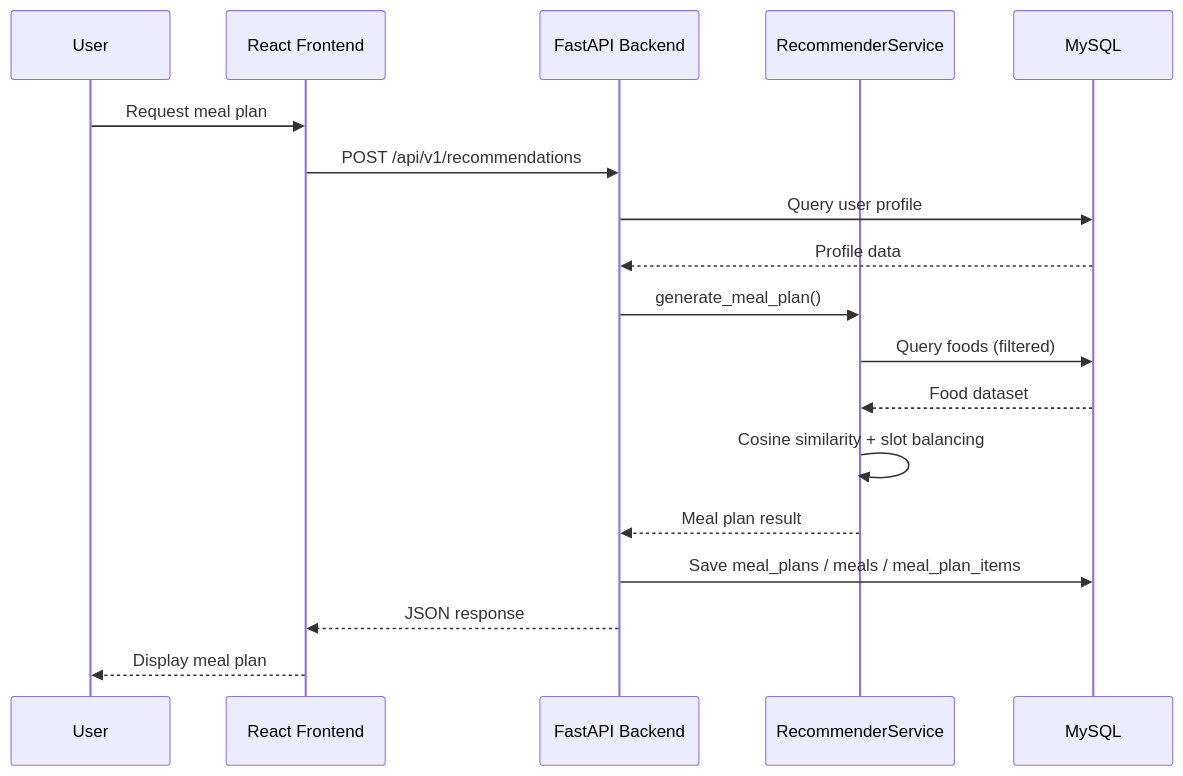
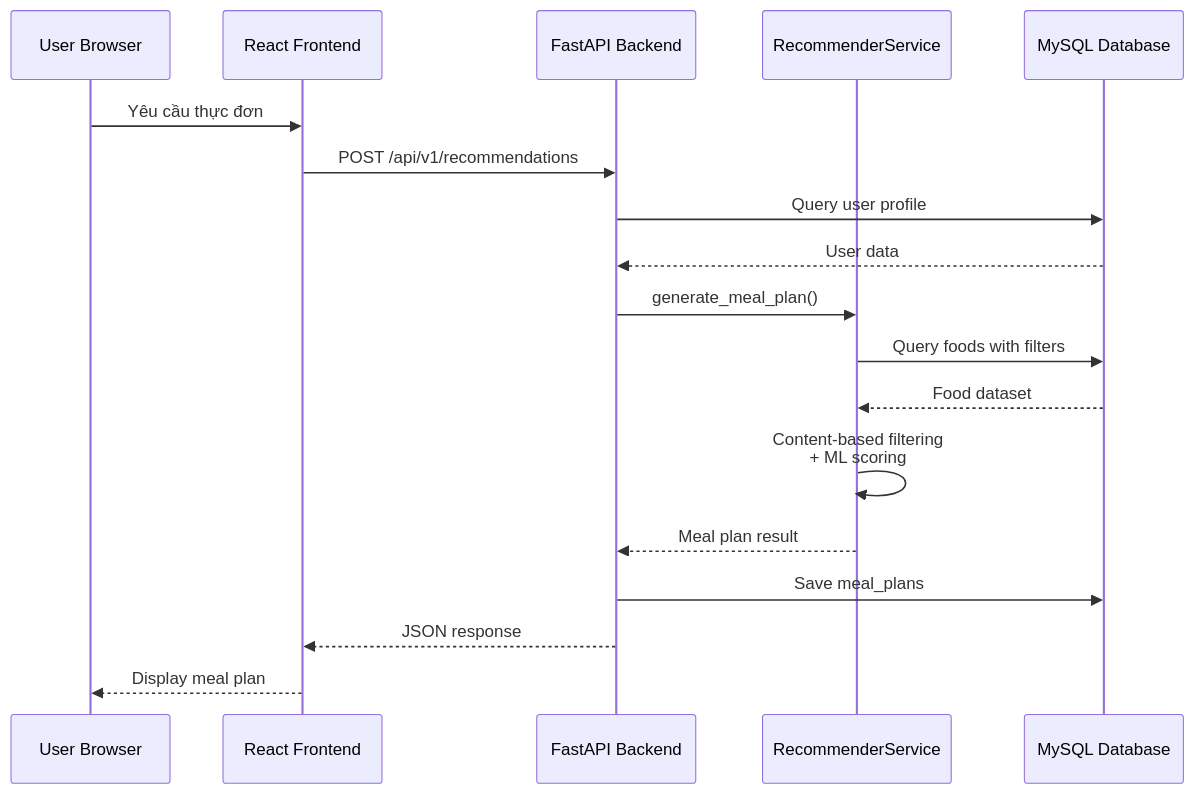
The second of 2 diagrams in README.md (tranyennhi02/tn-da22ttb-110122133-tranthiyennhi-nutrigain), drawn with Mermaid before and after one commit. The commit also changed other lines of this file, not shown here.

````diff
--- a/README.md
+++ b/README.md
@@ -160,21 +248,21 @@
 ```mermaid
 sequenceDiagram
-    participant U as User
+    participant U as User Browser
     participant F as React Frontend
     participant B as FastAPI Backend
-    participant R as RecommenderService
-    participant D as MySQL
-
-    U->>F: Request meal plan
+    participant S as RecommenderService
+    participant D as MySQL Database
+    
+    U->>F: Yêu cầu thực đơn
     F->>B: POST /api/v1/recommendations
     B->>D: Query user profile
-    D-->>B: Profile data
-    B->>R: generate_meal_plan()
-    R->>D: Query foods (filtered)
-    D-->>R: Food dataset
-    R->>R: Cosine similarity + slot balancing
-    R-->>B: Meal plan result
-    B->>D: Save meal_plans / meals / meal_plan_items
+    D-->>B: User data
+    B->>S: generate_meal_plan()
+    S->>D: Query foods with filters
+    D-->>S: Food dataset
+    S->>S: Content-based filtering<br/>+ ML scoring
+    S-->>B: Meal plan result
+    B->>D: Save meal_plans
     B-->>F: JSON response
     F-->>U: Display meal plan
 ```
````
